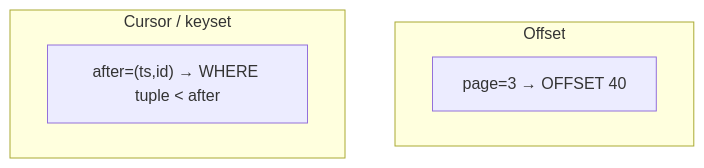
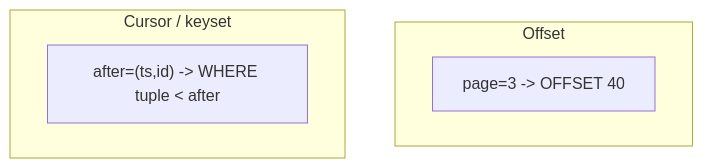
The diagram in content/backend-design/databases/06-pagination.md (satishify/BackBenchLearner), drawn with Mermaid before and after one commit. The commit also changed other lines of this file and 242 other files, not shown here.

````diff
--- a/content/backend-design/databases/06-pagination.md
+++ b/content/backend-design/databases/06-pagination.md
@@ -18,9 +18,9 @@
 ```mermaid
 flowchart TB
     subgraph Offset["Offset"]
-        O1["page=3 → OFFSET 40"]
+        O1["page=3 -> OFFSET 40"]
     end
     subgraph Cursor["Cursor / keyset"]
-        C1["after=(ts,id) → WHERE tuple < after"]
+        C1["after=(ts,id) -> WHERE tuple < after"]
     end
 ```
````
